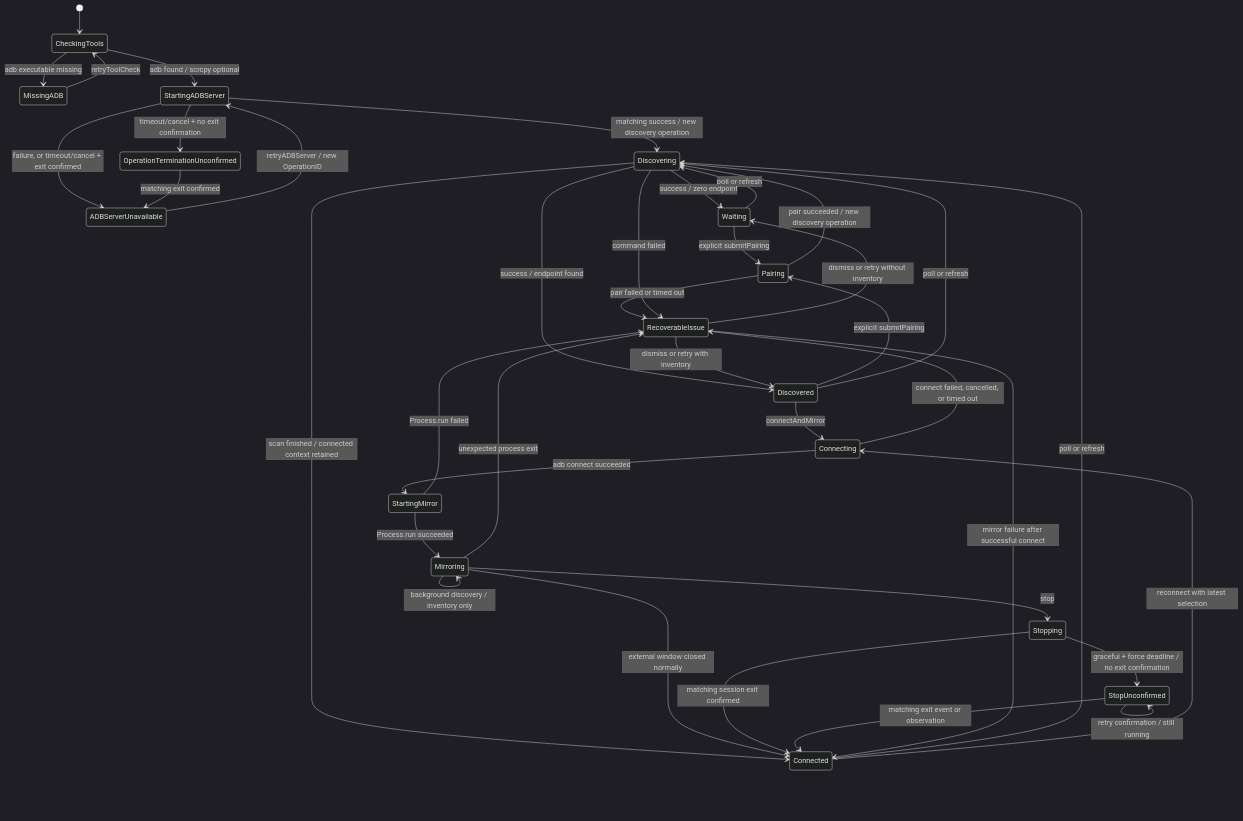
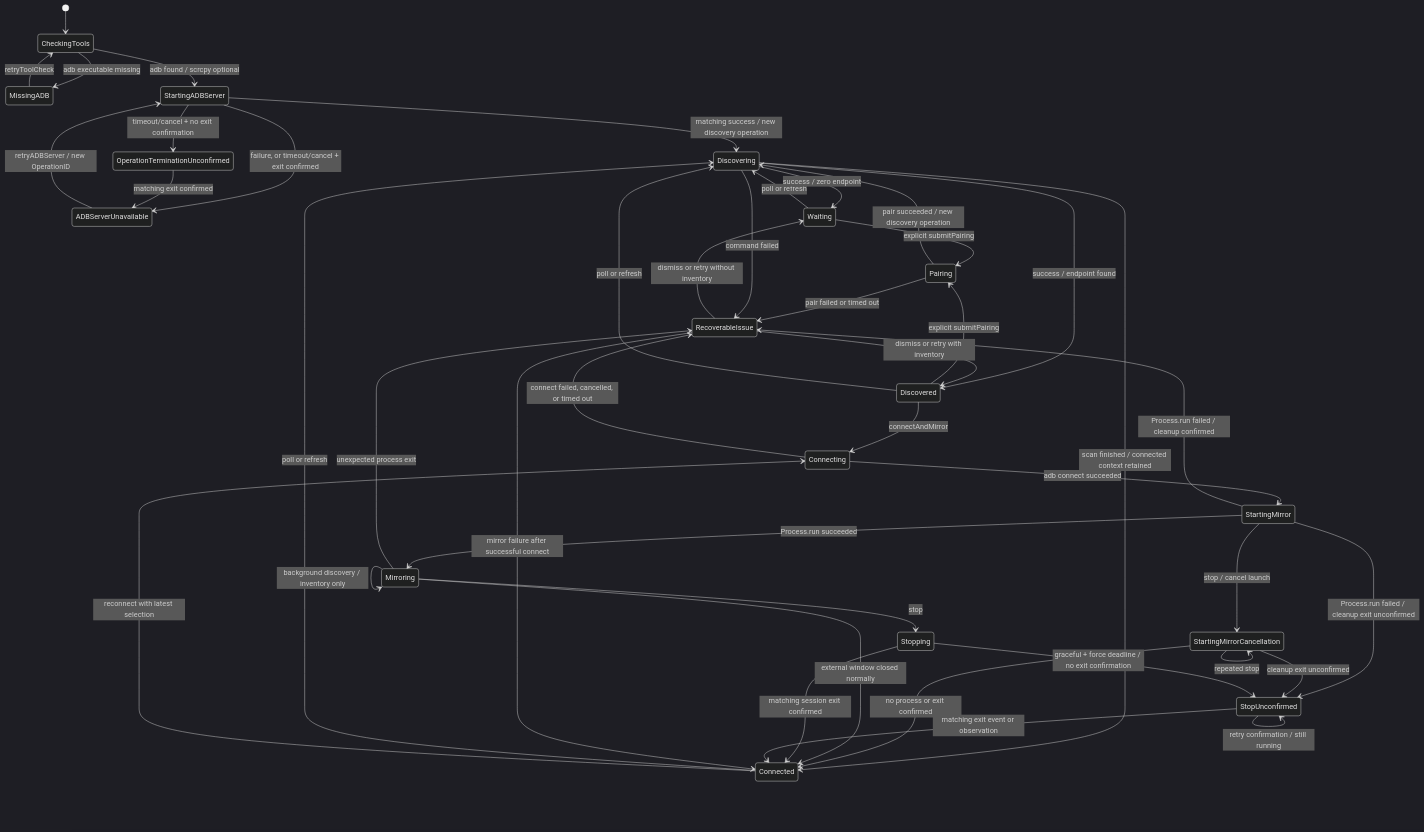
Before and after one commit to jihtsan/MirrorBridge: the first of 2 diagrams in docs/architecture/v0.1-connection-mirroring-lifecycle.md, drawn with Mermaid (dark theme). The commit also changed other lines of this file, not shown here.

Commit message:
docs: close startup cancellation lifecycle gap

````diff
--- a/docs/architecture/v0.1-connection-mirroring-lifecycle.md
+++ b/docs/architecture/v0.1-connection-mirroring-lifecycle.md
@@ -241,40 +256,45 @@
 ```mermaid
 stateDiagram-v2
     [*] --> CheckingTools
     CheckingTools --> MissingADB: adb executable missing
     CheckingTools --> StartingADBServer: adb found / scrcpy optional
     StartingADBServer --> Discovering: matching success / new discovery operation
     StartingADBServer --> ADBServerUnavailable: failure, or timeout/cancel + exit confirmed
     StartingADBServer --> OperationTerminationUnconfirmed: timeout/cancel + no exit confirmation
     OperationTerminationUnconfirmed --> ADBServerUnavailable: matching exit confirmed
     ADBServerUnavailable --> StartingADBServer: retryADBServer / new OperationID
     Waiting --> Pairing: explicit submitPairing
     Discovered --> Pairing: explicit submitPairing
     Pairing --> Discovering: pair succeeded / new discovery operation
     Pairing --> RecoverableIssue: pair failed or timed out
     Waiting --> Discovering: poll or refresh
     Discovered --> Discovering: poll or refresh
     Connected --> Discovering: poll or refresh
     Mirroring --> Mirroring: background discovery / inventory only
     Discovering --> Waiting: success / zero endpoint
     Discovering --> Discovered: success / endpoint found
     Discovering --> Connected: scan finished / connected context retained
     Discovering --> RecoverableIssue: command failed
     Discovered --> Connecting: connectAndMirror
     Connected --> Connecting: reconnect with latest selection
     Connecting --> StartingMirror: adb connect succeeded
     Connecting --> RecoverableIssue: connect failed, cancelled, or timed out
     StartingMirror --> Mirroring: Process.run succeeded
-    StartingMirror --> RecoverableIssue: Process.run failed
+    StartingMirror --> RecoverableIssue: Process.run failed / cleanup confirmed
+    StartingMirror --> StopUnconfirmed: Process.run failed / cleanup exit unconfirmed
+    StartingMirror --> StartingMirrorCancellation: stop / cancel launch
+    StartingMirrorCancellation --> Connected: no process or exit confirmed
+    StartingMirrorCancellation --> StopUnconfirmed: cleanup exit unconfirmed
+    StartingMirrorCancellation --> StartingMirrorCancellation: repeated stop
     Mirroring --> Stopping: stop
     Mirroring --> Connected: external window closed normally
     Mirroring --> RecoverableIssue: unexpected process exit
     Stopping --> Connected: matching session exit confirmed
     Stopping --> StopUnconfirmed: graceful + force deadline / no exit confirmation
     StopUnconfirmed --> StopUnconfirmed: retry confirmation / still running
     StopUnconfirmed --> Connected: matching exit event or observation
     RecoverableIssue --> Waiting: dismiss or retry without inventory
     RecoverableIssue --> Discovered: dismiss or retry with inventory
     RecoverableIssue --> Connected: mirror failure after successful connect
     MissingADB --> CheckingTools: retryToolCheck
 ```
````
